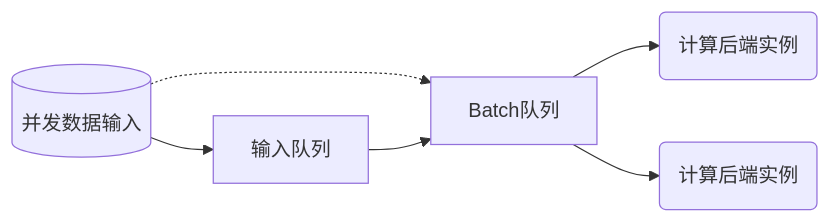
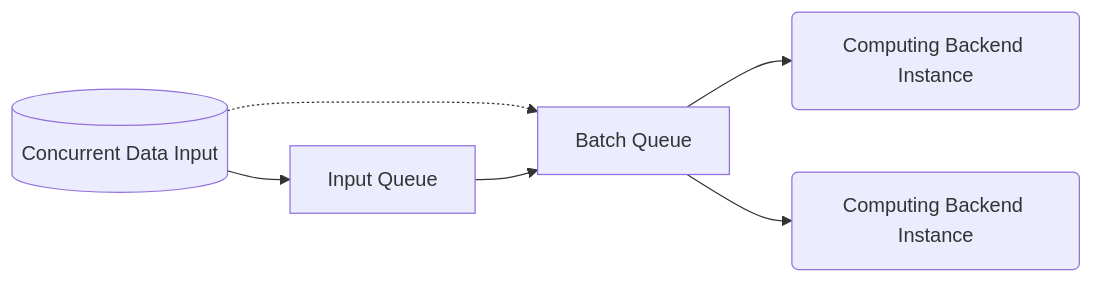
The first of 3 diagrams in docs/Intra-node/schedule.mdx (torchpipe/torchpipe.github.io), drawn with Mermaid before and after one commit. The commit also changed other lines of this file and 21 other files, not shown here.

````diff
--- a/docs/Intra-node/schedule.mdx
+++ b/docs/Intra-node/schedule.mdx
@@ -16,8 +16,8 @@
 ```mermaid
 flowchart LR
-    O1[(并发数据输入)]-->A
+    O1[(Concurrent Data Input)]-->A
     O1-.->B
-    A[输入队列] --> B[Batch队列]
-    B -->C(计算后端实例)
-    B -->D(计算后端实例)
+    A[Input Queue] --> B[Batch Queue]
+    B -->C(Computing Backend Instance)
+    B -->D(Computing Backend Instance)
 ```
````
